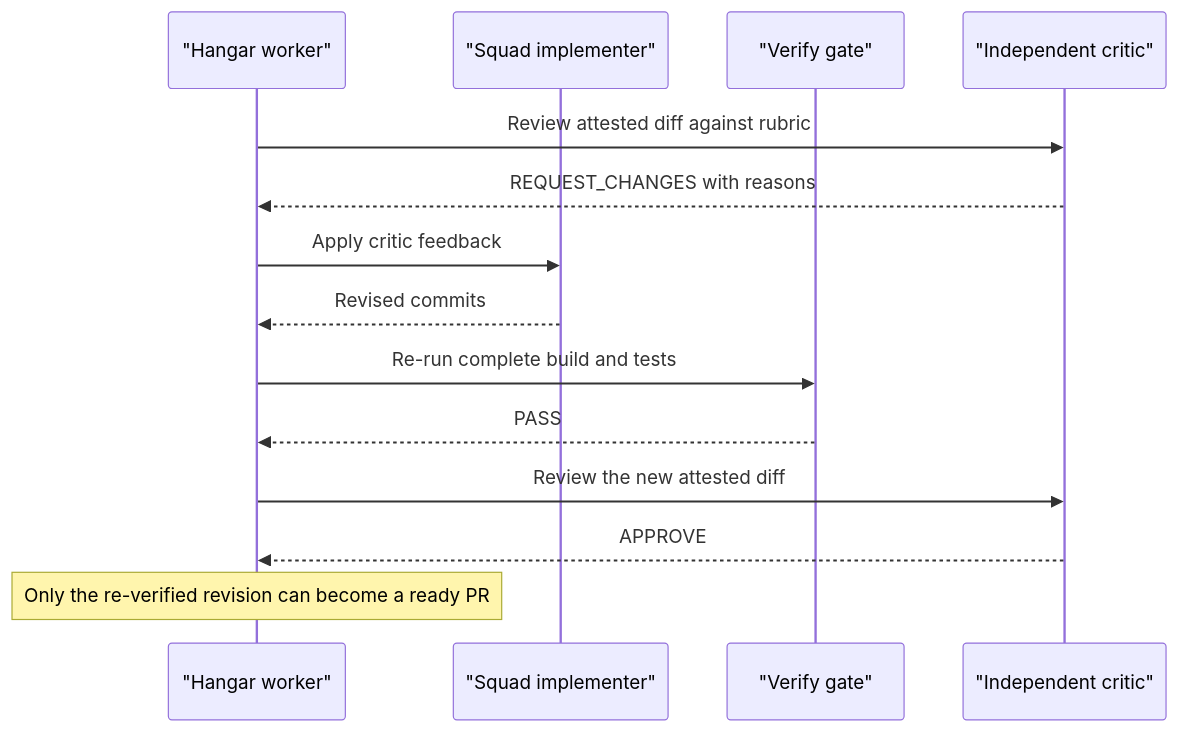
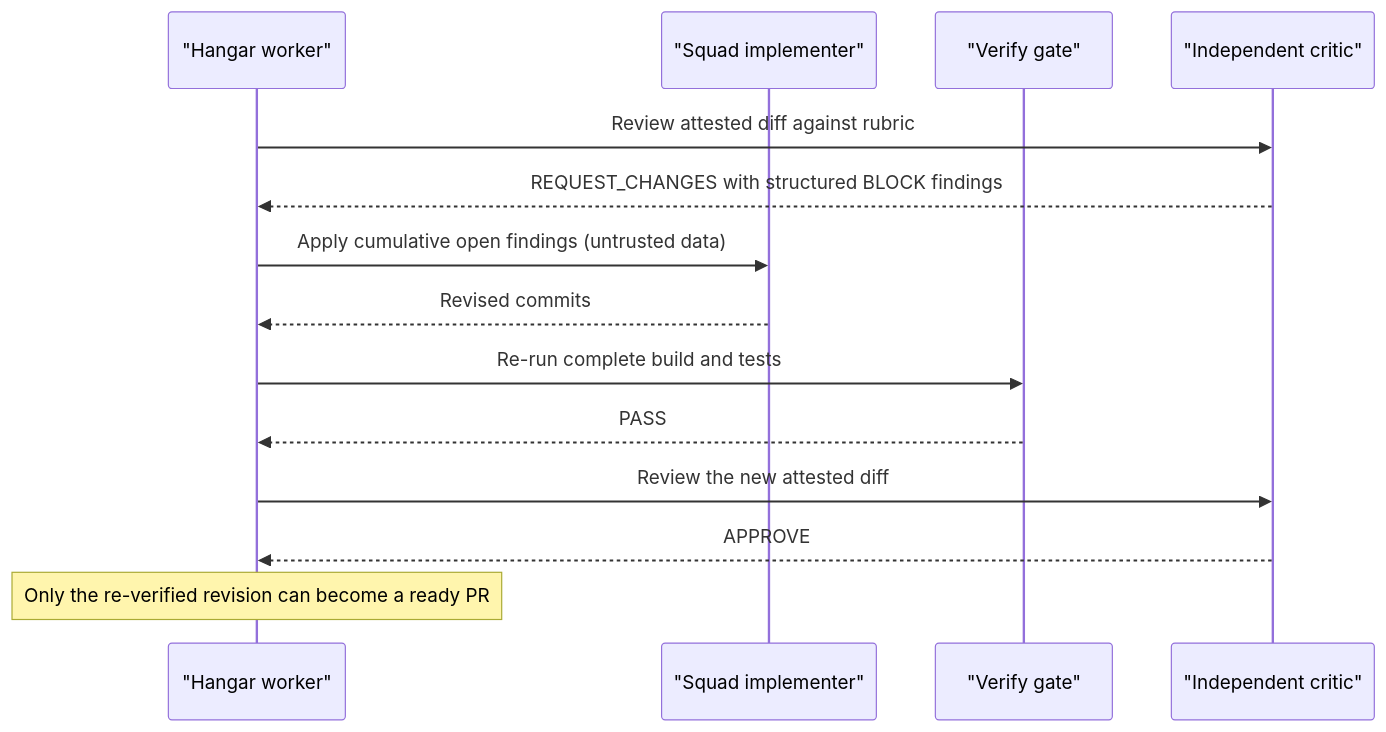
The seventh of 11 diagrams in README.md (timoknapp/Hangar), drawn with Mermaid before and after one commit. The commit also changed other lines of this file and 12 other files, not shown here.

First line of the commit message:
feat: structured critic findings with fixed severities, review memory and manual correction budget

````diff
--- a/README.md
+++ b/README.md
@@ -370,17 +370,17 @@
 ```mermaid
 sequenceDiagram
     participant Worker as "Hangar worker"
     participant Impl as "Squad implementer"
     participant Verify as "Verify gate"
     participant Critic as "Independent critic"
 
     Worker->>Critic: Review attested diff against rubric
-    Critic-->>Worker: REQUEST_CHANGES with reasons
-    Worker->>Impl: Apply critic feedback
+    Critic-->>Worker: REQUEST_CHANGES with structured BLOCK findings
+    Worker->>Impl: Apply cumulative open findings (untrusted data)
     Impl-->>Worker: Revised commits
     Worker->>Verify: Re-run complete build and tests
     Verify-->>Worker: PASS
     Worker->>Critic: Review the new attested diff
     Critic-->>Worker: APPROVE
     Note over Worker: Only the re-verified revision can become a ready PR
 ```
````
